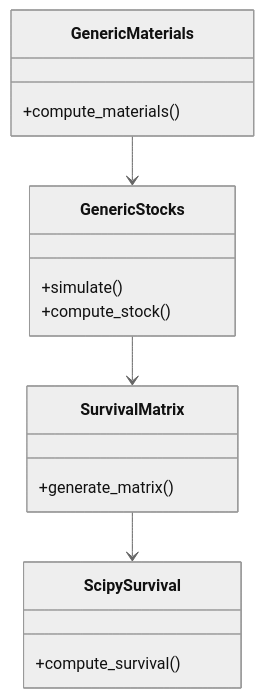
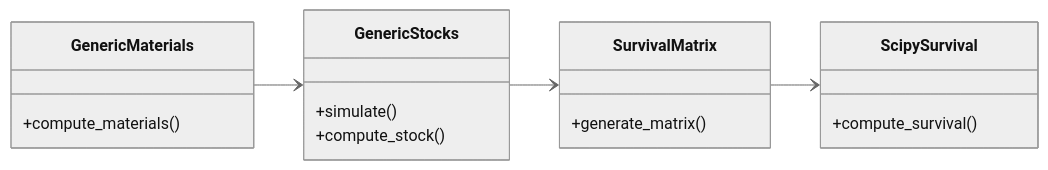
One commit to imagepbl/image-materials changed the diagram in README.md. Above: the diagram before and after it, drawn with Mermaid (neutral theme).

Commit message:
change direction mermaid diagram

````diff
--- a/README.md
+++ b/README.md
@@ -81,23 +81,24 @@
 ```mermaid
 classDiagram
+    direction LR
     class GenericStocks {
         +simulate()
         +compute_stock()
     }
     
     class GenericMaterials {
         +compute_materials()
     }
     
     class SurvivalMatrix {
         +generate_matrix()
     }
     
     class ScipySurvival {
         +compute_survival()
     }
 
     GenericStocks --> SurvivalMatrix
     GenericMaterials --> GenericStocks
     SurvivalMatrix --> ScipySurvival
 ```
````
